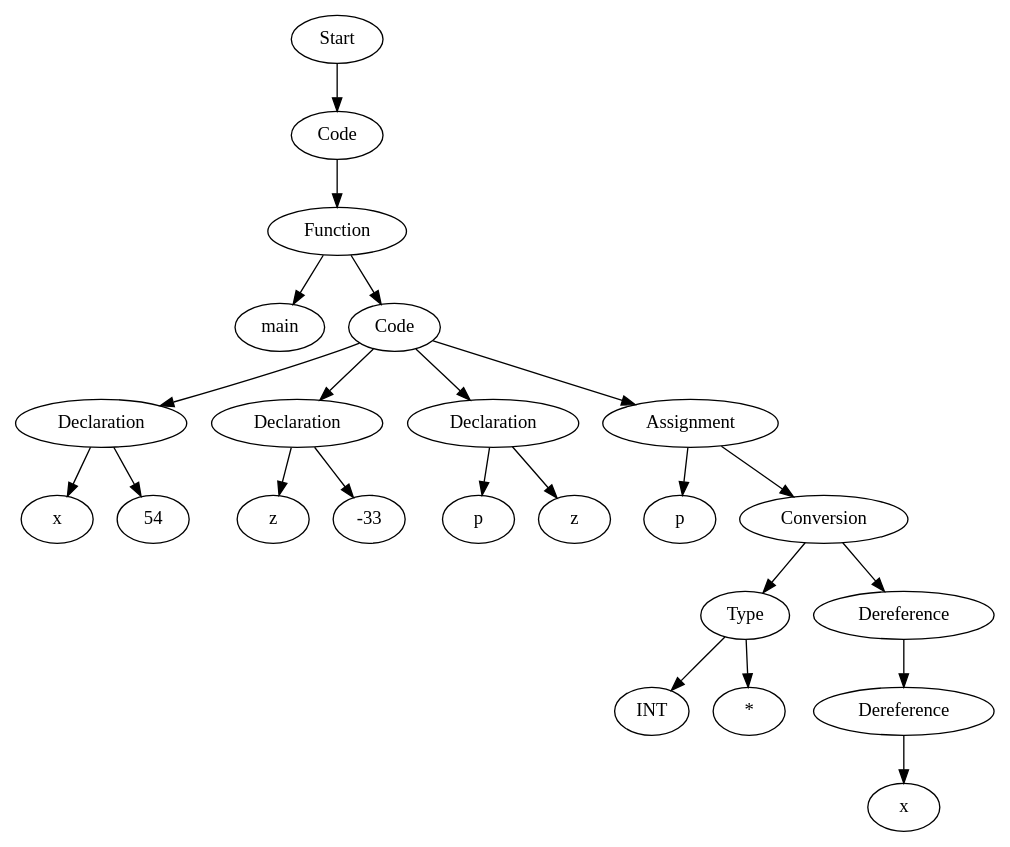
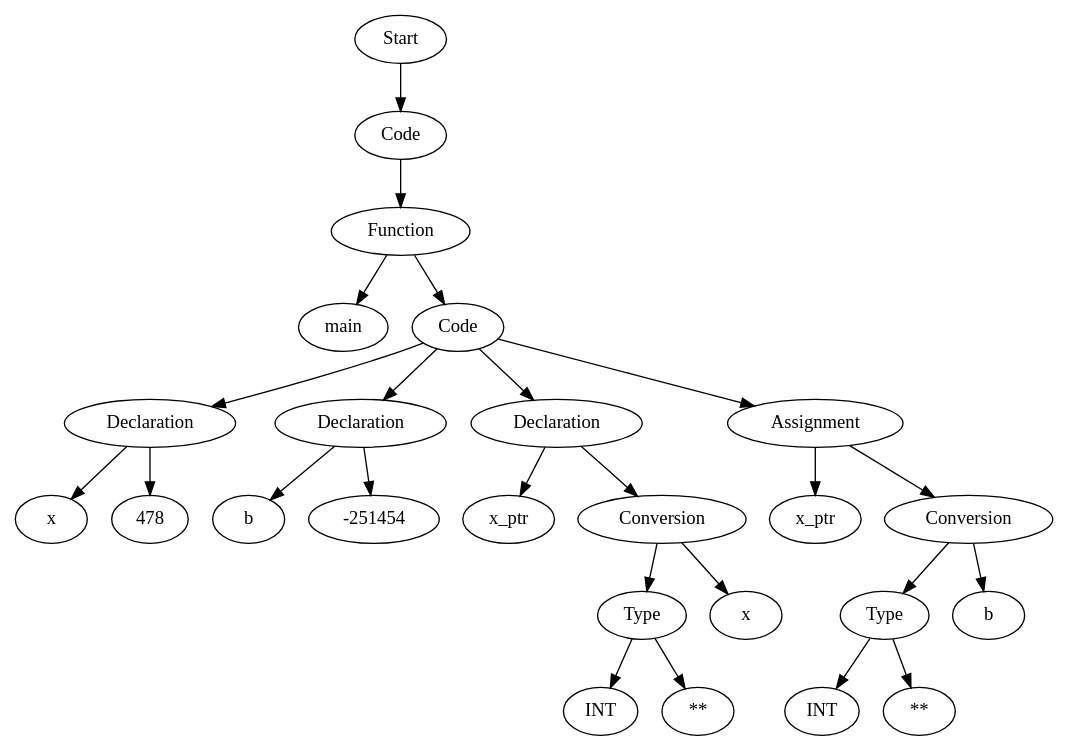
The diagram in src/TestFiles/ASTTests/SemanticErrorsTests/CreateTests/read_file_after.dot (Are-you-listening/Compilers), drawn with Graphviz before and after one commit. The commit also changed 65 other files, not shown here.

```diff
--- a/src/TestFiles/ASTTests/SemanticErrorsTests/CreateTests/read_file_after.dot
+++ b/src/TestFiles/ASTTests/SemanticErrorsTests/CreateTests/read_file_after.dot
@@ -1,47 +1,51 @@
 digraph AST {
-  "138430607643920" [label="Start"];
-  "138430607643920" -> "138430607652848";
-  "138430607652848" [label="Code"];
-  "138430607652848" -> "138430607652992";
-  "138430607652992" [label="Function"];
-  "138430607652992" -> "138430607653136";
-  "138430607652992" -> "138430607653184";
-  "138430607653136" [label="main"];
-  "138430607653184" [label="Code"];
-  "138430607653184" -> "138430607653328";
-  "138430607653184" -> "138430607653424";
-  "138430607653184" -> "138430607653616";
-  "138430607653184" -> "138430607653808";
-  "138430607653328" [label="Declaration"];
-  "138430607653328" -> "138430607653472";
-  "138430607653328" -> "138430607653520";
-  "138430607653472" [label="x"];
-  "138430607653520" [label="54"];
-  "138430607653424" [label="Declaration"];
-  "138430607653424" -> "138430607653664";
-  "138430607653424" -> "138430607653712";
-  "138430607653664" [label="z"];
-  "138430607653712" [label="-33"];
-  "138430607653616" [label="Declaration"];
-  "138430607653616" -> "138430607653856";
-  "138430607653616" -> "138430607653904";
-  "138430607653856" [label="p"];
-  "138430607653904" [label="z"];
-  "138430607653808" [label="Assignment"];
-  "138430607653808" -> "138430607654048";
-  "138430607653808" -> "138430607654096";
-  "138430607654048" [label="p"];
-  "138430607654096" [label="Conversion"];
-  "138430607654096" -> "138430607654240";
-  "138430607654096" -> "138430607654336";
-  "138430607654240" [label="Type"];
-  "138430607654240" -> "138430607654384";
-  "138430607654240" -> "138430607654432";
-  "138430607654384" [label="INT"];
-  "138430607654432" [label="*"];
-  "138430607654336" [label="Dereference"];
-  "138430607654336" -> "138430607654576";
-  "138430607654576" [label="Dereference"];
-  "138430607654576" -> "138430607654720";
-  "138430607654720" [label="x"];
+  "126744422427248" [label="Start"];
+  "126744422427248" -> "126744422429504";
+  "126744422429504" [label="Code"];
+  "126744422429504" -> "126744422429648";
+  "126744422429648" [label="Function"];
+  "126744422429648" -> "126744422429792";
+  "126744422429648" -> "126744422429840";
+  "126744422429792" [label="main"];
+  "126744422429840" [label="Code"];
+  "126744422429840" -> "126744422429984";
+  "126744422429840" -> "126744422430080";
+  "126744422429840" -> "126744422430272";
+  "126744422429840" -> "126744422430464";
+  "126744422429984" [label="Declaration"];
+  "126744422429984" -> "126744422430128";
+  "126744422429984" -> "126744422430176";
+  "126744422430128" [label="x"];
+  "126744422430176" [label="478"];
+  "126744422430080" [label="Declaration"];
+  "126744422430080" -> "126744422430320";
+  "126744422430080" -> "126744422430368";
+  "126744422430320" [label="b"];
+  "126744422430368" [label="-251454"];
+  "126744422430272" [label="Declaration"];
+  "126744422430272" -> "126744422430512";
+  "126744422430272" -> "126744422430560";
+  "126744422430512" [label="x_ptr"];
+  "126744422430560" [label="Conversion"];
+  "126744422430560" -> "126744422430704";
+  "126744422430560" -> "126744422430800";
+  "126744422430704" [label="Type"];
+  "126744422430704" -> "126744422430848";
+  "126744422430704" -> "126744422430896";
+  "126744422430848" [label="INT"];
+  "126744422430896" [label="**"];
+  "126744422430800" [label="x"];
+  "126744422430464" [label="Assignment"];
+  "126744422430464" -> "126744422430992";
+  "126744422430464" -> "126744422431040";
+  "126744422430992" [label="x_ptr"];
+  "126744422431040" [label="Conversion"];
+  "126744422431040" -> "126744422431184";
+  "126744422431040" -> "126744422431280";
+  "126744422431184" [label="Type"];
+  "126744422431184" -> "126744422431328";
+  "126744422431184" -> "126744422431376";
+  "126744422431328" [label="INT"];
+  "126744422431376" [label="**"];
+  "126744422431280" [label="b"];
 }
```
